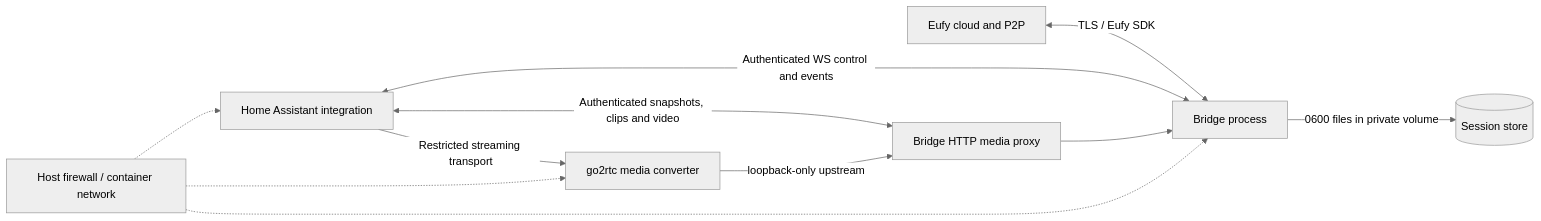
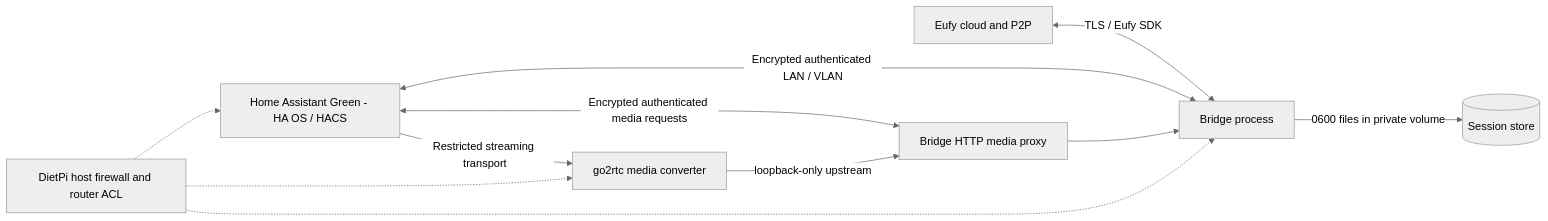
One commit to cfmanco/ha-eufy-sdk-bridge changed the first of 5 diagrams in docs/security-architecture.md. Above: the diagram before and after it, drawn with Mermaid (neutral theme). The commit also changed other lines of this file, not shown here.

Commit message:
docs(security): fix Mermaid interaction and separate HA Green deployment

````diff
--- a/docs/security-architecture.md
+++ b/docs/security-architecture.md
@@ -16,13 +16,13 @@
 ```mermaid
 flowchart LR
   E[Eufy cloud and P2P] <-->|TLS / Eufy SDK| B[Bridge process]
-  H[Home Assistant integration] <-->|Authenticated WS control and events| B
-  H <-->|Authenticated snapshots, clips and video| P[Bridge HTTP media proxy]
+  H[Home Assistant Green - HA OS / HACS] <-->|Encrypted authenticated LAN / VLAN| B
+  H <-->|Encrypted authenticated media requests| P[Bridge HTTP media proxy]
   P --> B
   G[go2rtc media converter] -->|loopback-only upstream| P
   H -->|Restricted streaming transport| G
   B -->|0600 files in private volume| S[(Session store)]
-  F[Host firewall / container network] -.-> H
+  F[DietPi host firewall and router ACL] -.-> H
   F -.-> B
   F -.-> G
 ```
````
